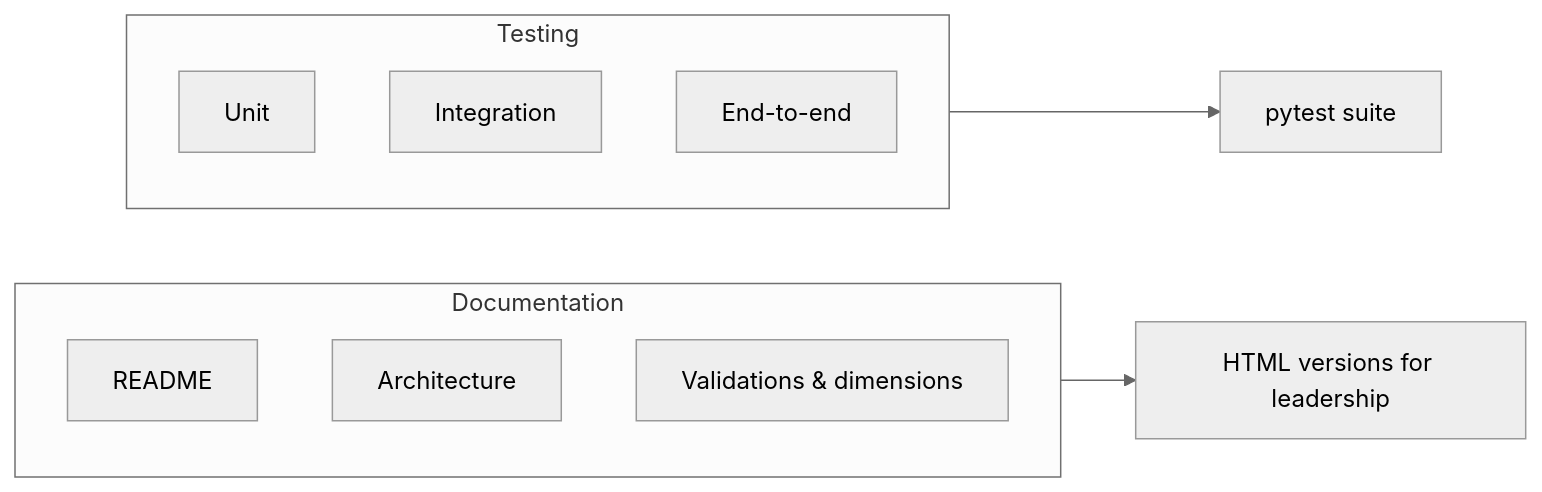
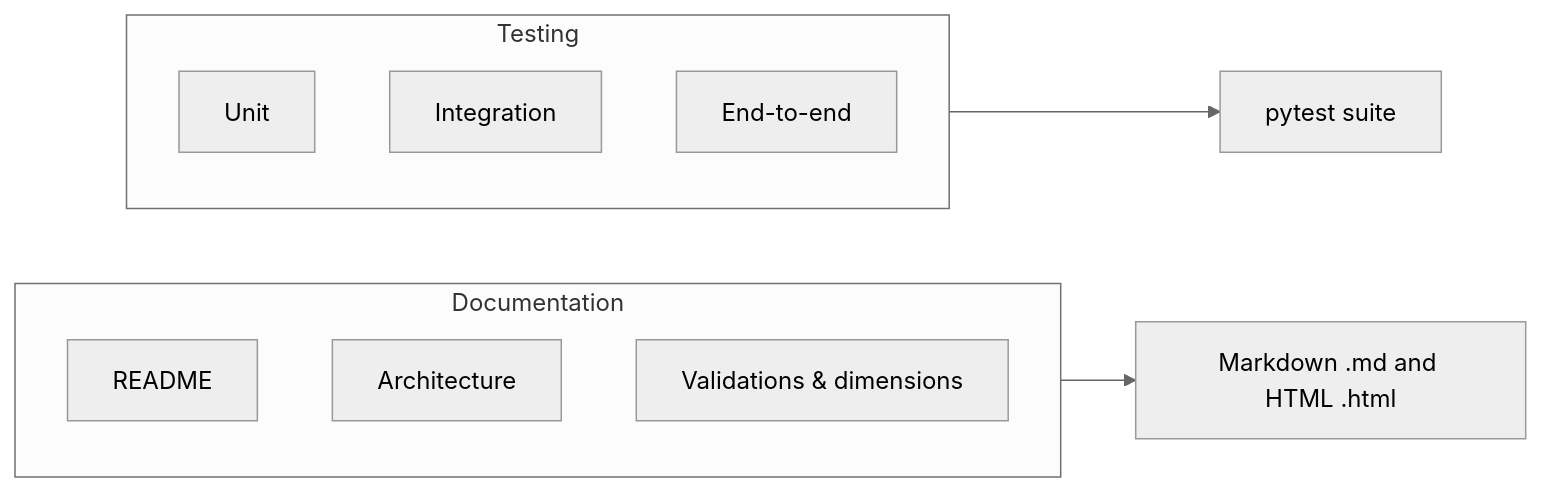
The fifth of 5 diagrams in WALKTHROUGH.md (drewdezco/dq_sdk), drawn with Mermaid (neutral theme) before and after one commit. The commit also changed other lines of this file and 3 other files, not shown here.

````diff
--- a/WALKTHROUGH.md
+++ b/WALKTHROUGH.md
@@ -201,15 +201,15 @@
 ```mermaid
 flowchart LR
   subgraph Docs["Documentation"]
     R[README]
     Ar[Architecture]
     V[Validations & dimensions]
   end
   subgraph Tests["Testing"]
     U[Unit]
     I[Integration]
     E[End-to-end]
   end
-  Docs --> HTML[HTML versions for leadership]
+  Docs --> Formats[Markdown .md and HTML .html]
   Tests --> Pytest[pytest suite]
 ```
````
